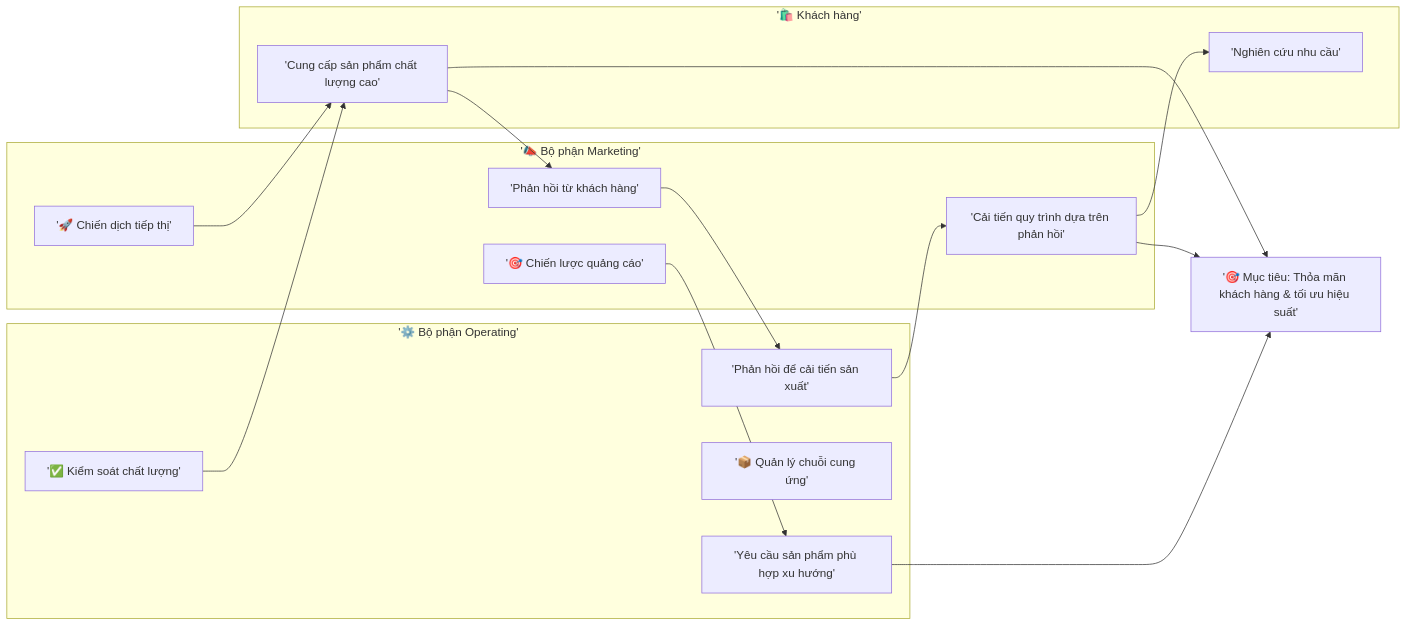
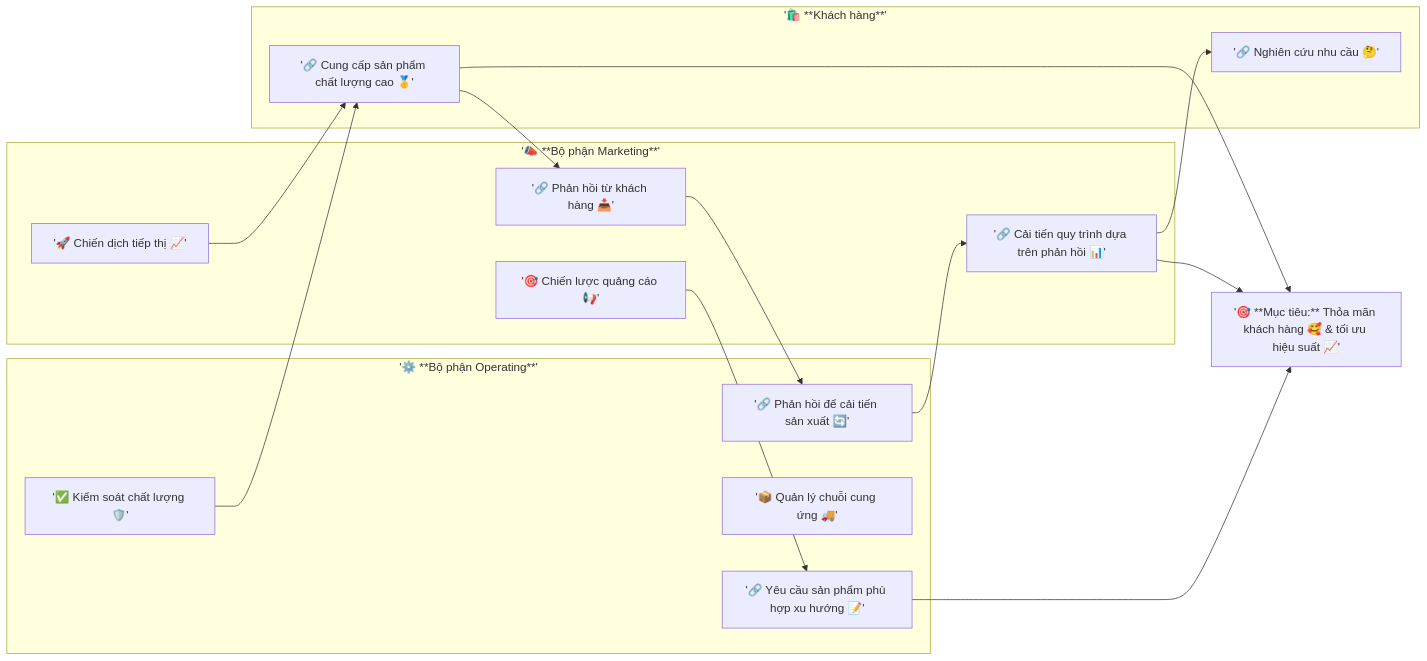
One commit to qtvhao/quickcurl changed the diagram in docs/corporate/Roles/Operating-and-Marketing.mmd. Above: the diagram before and after it, drawn with Mermaid. The commit also changed 3 other files, not shown here.

Commit message:
Enhance flowchart for Operating and Marketing roles with improved labels and connections; add new mindmap for ChatGPT core objectives and subgoals.

```diff
--- a/docs/corporate/Roles/Operating-and-Marketing.mmd
+++ b/docs/corporate/Roles/Operating-and-Marketing.mmd
@@ -1,32 +1,38 @@
 flowchart LR
-    %% Subgraph Marketing
-    subgraph Marketing['📣 Bộ phận Marketing']
-        M1['📊 Nghiên cứu thị trường']
-        M2['🎯 Chiến lược quảng cáo']
-        M3['🚀 Chiến dịch tiếp thị']
-        M4['🗣️ Thu thập phản hồi khách hàng']
+    %% 📣 Subgraph Marketing
+    subgraph Marketing['📣 **Bộ phận Marketing**']
+        M1['📊 Nghiên cứu thị trường 🔍'] 
+        M2['🎯 Chiến lược quảng cáo 📢'] 
+        M3['🚀 Chiến dịch tiếp thị 📈'] 
+        M4['🗣️ Thu thập phản hồi khách hàng 📝'] 
     end
-    %% Subgraph Operating
-    subgraph Operating['⚙️ Bộ phận Operating']
-        O1['🏭 Sản xuất & Vận hành']
-        O2['📦 Quản lý chuỗi cung ứng']
-        O3['✅ Kiểm soát chất lượng']
-        O4['🔄 Cải tiến quy trình']
+
+    %% ⚙️ Subgraph Operating
+    subgraph Operating['⚙️ **Bộ phận Operating**']
+        O1['🏭 Sản xuất & Vận hành 🛠️'] 
+        O2['📦 Quản lý chuỗi cung ứng 🚚'] 
+        O3['✅ Kiểm soát chất lượng 🛡️'] 
+        O4['🔄 Cải tiến quy trình 🧠'] 
     end
-    %% Subgraph Customer
-    subgraph Customer['🛍️ Khách hàng']
-        C1['💬 Phản hồi sản phẩm']
-        C2['🛒 Nhu cầu & Xu hướng']
+
+    %% 🛍️ Subgraph Customer
+    subgraph Customer['🛍️ **Khách hàng**']
+        C1['💬 Phản hồi sản phẩm 🗨️'] 
+        C2['🛒 Nhu cầu & Xu hướng 📊'] 
     end
-    %% Liên kết giữa các bộ phận
-    M1 --> C2['Nghiên cứu nhu cầu']
-    M2 --> O1['Yêu cầu sản phẩm phù hợp xu hướng']
-    M3 --> C1['Chiến dịch quảng bá đến khách hàng']
-    C1 --> M4['Phản hồi từ khách hàng']
-    M4 --> O4['Phản hồi để cải tiến sản xuất']
-    O3 --> C1['Cung cấp sản phẩm chất lượng cao']
-    O4 --> M1['Cải tiến quy trình dựa trên phản hồi']
-    %% Mục tiêu chung
-    M1 --> Goal['🎯 Mục tiêu: Thỏa mãn khách hàng & tối ưu hiệu suất']
+
+    %% 🔗 Liên kết giữa các bộ phận
+    M1 --> C2['🔗 Nghiên cứu nhu cầu 🤔'] 
+    M2 --> O1['🔗 Yêu cầu sản phẩm phù hợp xu hướng 📝'] 
+    M3 --> C1['🔗 Chiến dịch quảng bá đến khách hàng 🎤'] 
+    C1 --> M4['🔗 Phản hồi từ khách hàng 📥'] 
+    M4 --> O4['🔗 Phản hồi để cải tiến sản xuất 🔄'] 
+    O3 --> C1['🔗 Cung cấp sản phẩm chất lượng cao 🥇'] 
+    O4 --> M1['🔗 Cải tiến quy trình dựa trên phản hồi 📊']
+
+    %% 🎯 Mục tiêu chung
+    Goal['🎯 **Mục tiêu:** Thỏa mãn khách hàng 🥰 & tối ưu hiệu suất 📈']
+
+    M1 --> Goal
     O1 --> Goal
-    C1 --> Goal  
+    C1 --> Goal
```
